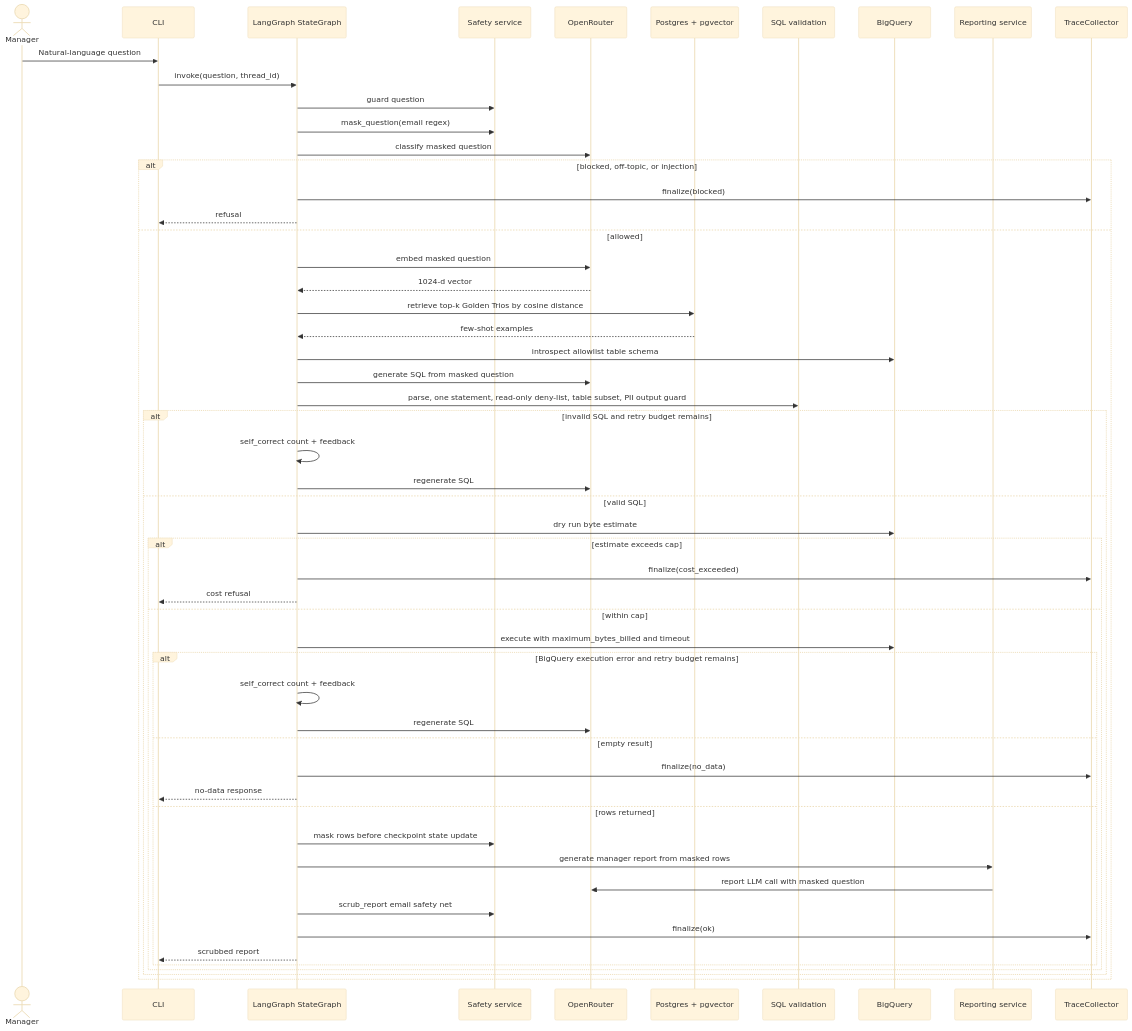
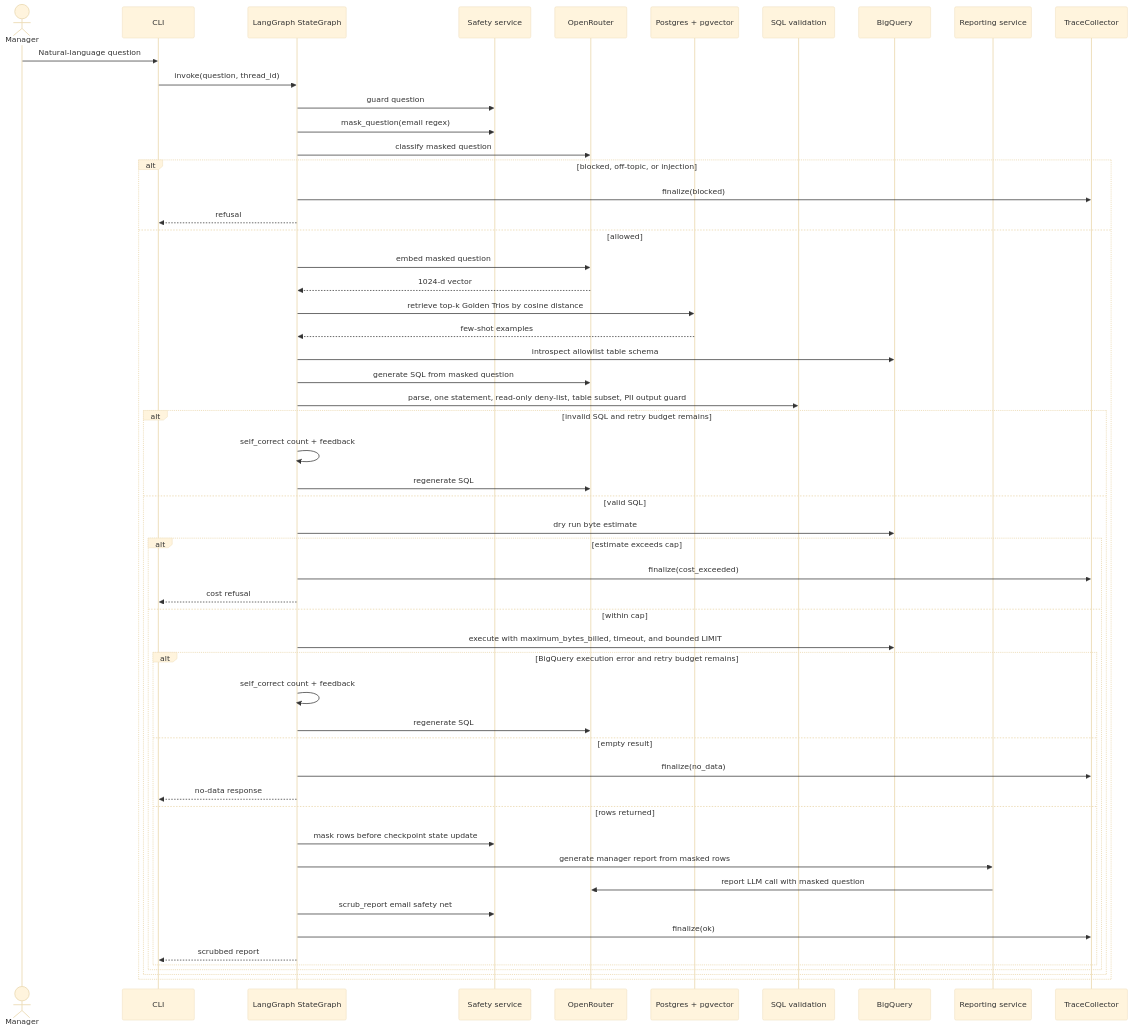
The second of 2 diagrams in docs/architecture.md (gmoroz/retail-agent), drawn with Mermaid (base theme) before and after one commit. The commit also changed other lines of this file and 9 other files, not shown here.

````diff
--- a/docs/architecture.md
+++ b/docs/architecture.md
@@ -88,57 +88,57 @@
 ```mermaid
 sequenceDiagram
     actor User as Manager
     participant CLI as CLI
     participant Graph as LangGraph StateGraph
     participant Safety as Safety service
     participant OR as OpenRouter
     participant PG as Postgres + pgvector
     participant SQL as SQL validation
     participant BQ as BigQuery
     participant Report as Reporting service
     participant Trace as TraceCollector
 
     User->>CLI: Natural-language question
     CLI->>Graph: invoke(question, thread_id)
     Graph->>Safety: guard question
     Graph->>Safety: mask_question(email regex)
     Graph->>OR: classify masked question
     alt blocked, off-topic, or injection
         Graph->>Trace: finalize(blocked)
         Graph-->>CLI: refusal
     else allowed
         Graph->>OR: embed masked question
         OR-->>Graph: 1024-d vector
         Graph->>PG: retrieve top-k Golden Trios by cosine distance
         PG-->>Graph: few-shot examples
         Graph->>BQ: introspect allowlist table schema
         Graph->>OR: generate SQL from masked question
         Graph->>SQL: parse, one statement, read-only deny-list, table subset, PII output guard
         alt invalid SQL and retry budget remains
             Graph->>Graph: self_correct count + feedback
             Graph->>OR: regenerate SQL
         else valid SQL
             Graph->>BQ: dry run byte estimate
             alt estimate exceeds cap
                 Graph->>Trace: finalize(cost_exceeded)
                 Graph-->>CLI: cost refusal
             else within cap
-                Graph->>BQ: execute with maximum_bytes_billed and timeout
+                Graph->>BQ: execute with maximum_bytes_billed, timeout, and bounded LIMIT
                 alt BigQuery execution error and retry budget remains
                     Graph->>Graph: self_correct count + feedback
                     Graph->>OR: regenerate SQL
                 else empty result
                     Graph->>Trace: finalize(no_data)
                     Graph-->>CLI: no-data response
                 else rows returned
                     Graph->>Safety: mask rows before checkpoint state update
                     Graph->>Report: generate manager report from masked rows
                     Report->>OR: report LLM call with masked question
                     Graph->>Safety: scrub_report email safety net
                     Graph->>Trace: finalize(ok)
                     Graph-->>CLI: scrubbed report
                 end
             end
         end
     end
 ```
````
